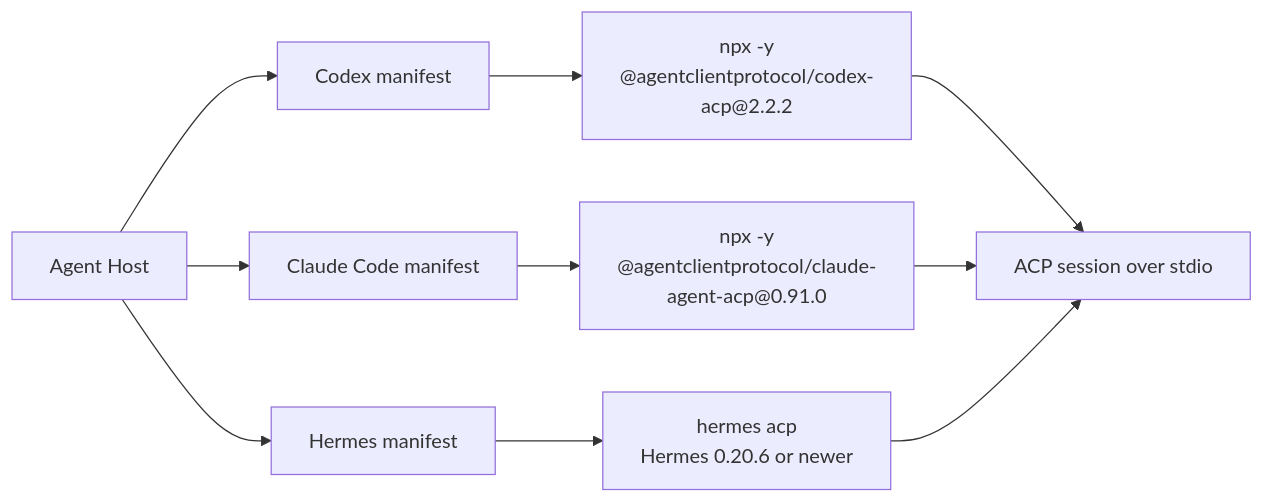
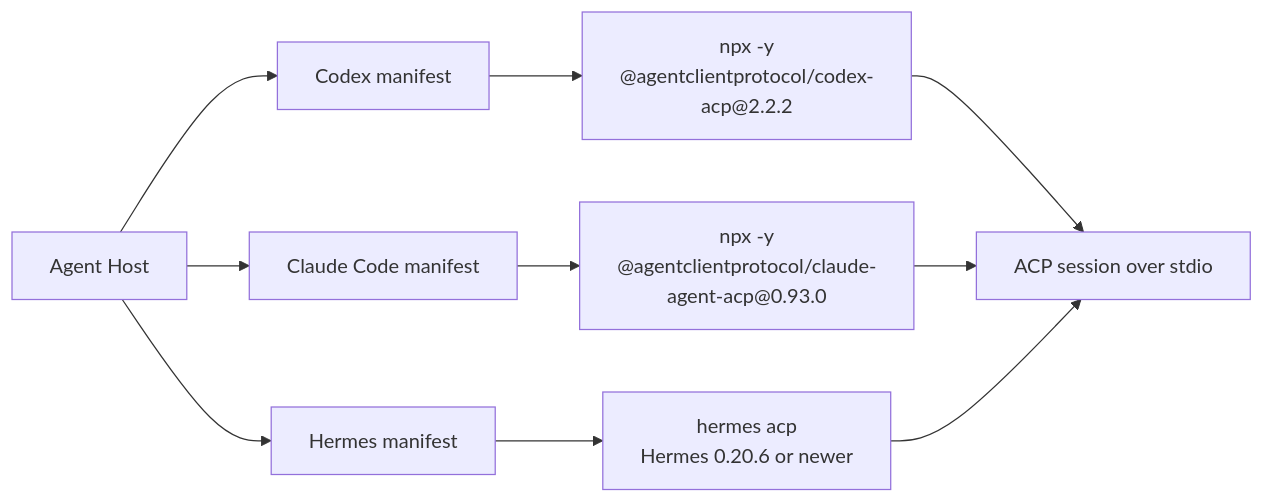
The sixth of 8 diagrams in internal/develop/bring-your-own-agents.md (LayerNorm/overlay-web), drawn with Mermaid before and after one commit. The commit also changed 13 other files, not shown here.

````diff
--- a/internal/develop/bring-your-own-agents.md
+++ b/internal/develop/bring-your-own-agents.md
@@ -904,15 +904,15 @@
 ```mermaid
 flowchart LR
     Host["Agent Host"]
     Codex["Codex manifest"]
     Claude["Claude Code manifest"]
     Hermes["Hermes manifest"]
     CodexProcess["npx -y<br/>@agentclientprotocol/codex-acp@2.2.2"]
-    ClaudeProcess["npx -y<br/>@agentclientprotocol/claude-agent-acp@0.91.0"]
+    ClaudeProcess["npx -y<br/>@agentclientprotocol/claude-agent-acp@0.93.0"]
     HermesProcess["hermes acp<br/>Hermes 0.20.6 or newer"]
     Session["ACP session over stdio"]
 
     Host --> Codex --> CodexProcess --> Session
     Host --> Claude --> ClaudeProcess --> Session
     Host --> Hermes --> HermesProcess --> Session
 ```
````
